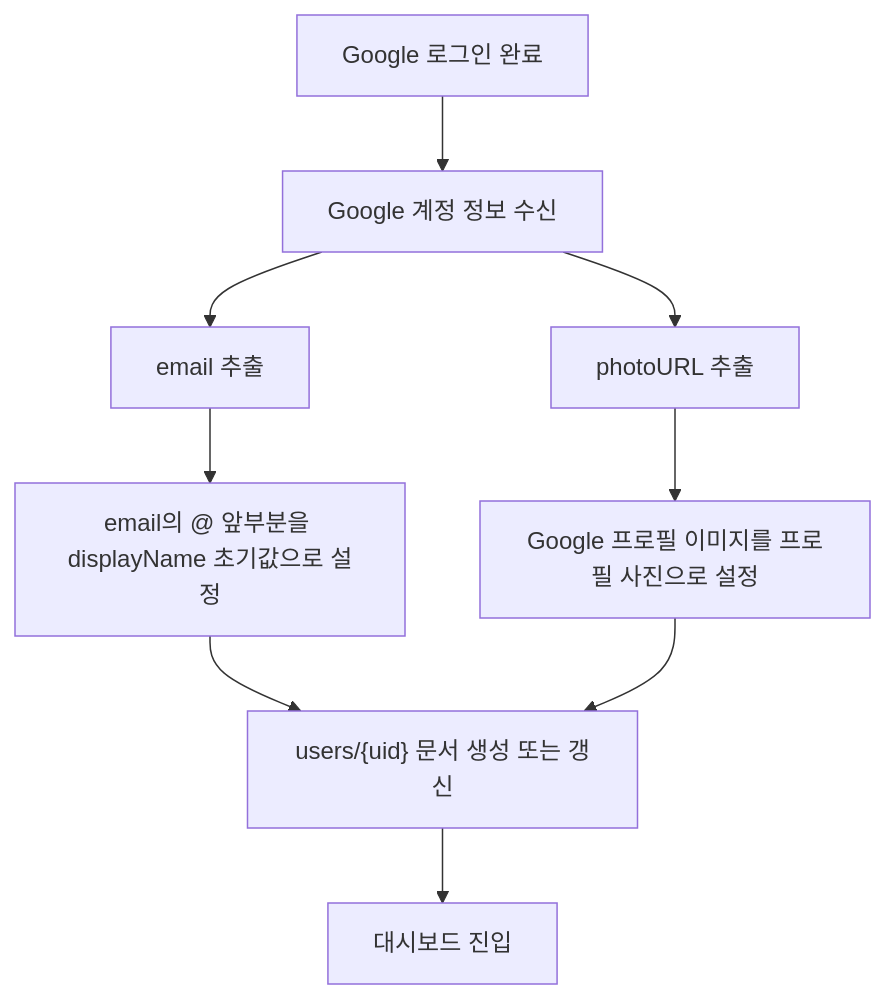
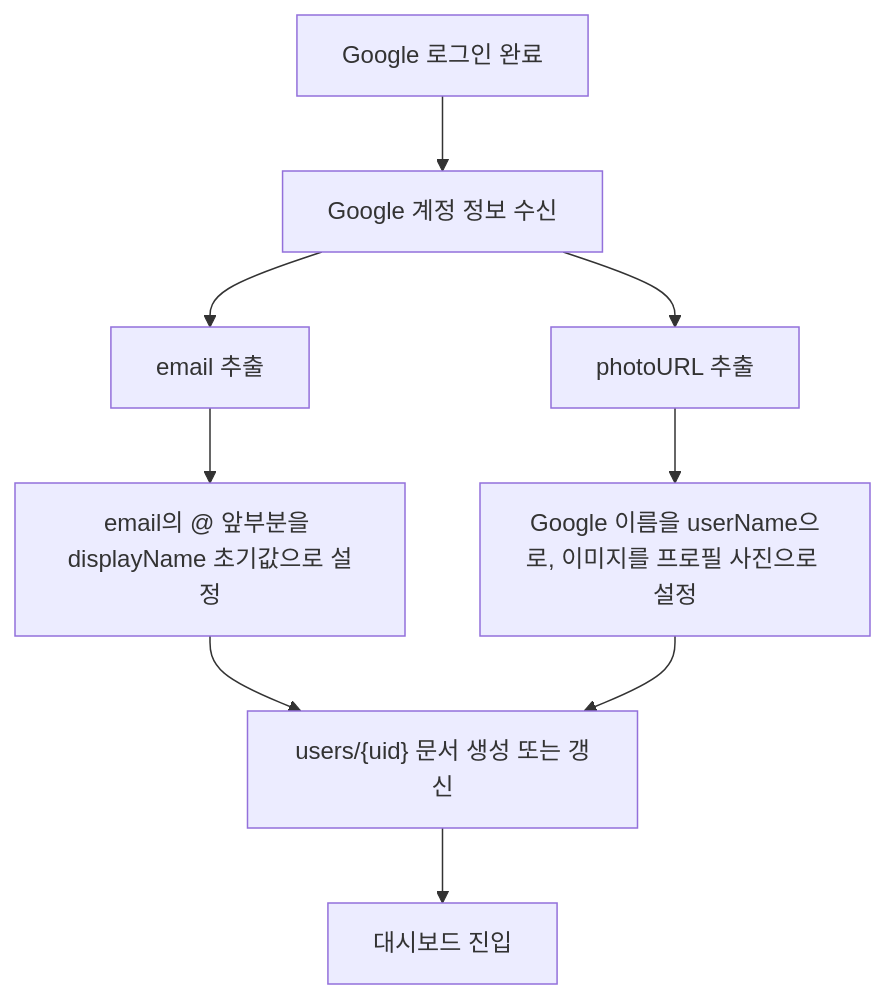
One commit to olivesch/my-link changed the third of 13 diagrams in docs/Wireframe.md. Above: the diagram before and after it, drawn with Mermaid. The commit also changed other lines of this file and 25 other files, not shown here.

````diff
--- a/docs/Wireframe.md
+++ b/docs/Wireframe.md
@@ -64,11 +73,11 @@
 ```mermaid
 flowchart TD
   A["Google 로그인 완료"] --> B["Google 계정 정보 수신"]
   B --> C["email 추출"]
   B --> D["photoURL 추출"]
   C --> E["email의 @ 앞부분을 displayName 초기값으로 설정"]
-  D --> F["Google 프로필 이미지를 프로필 사진으로 설정"]
+  D --> F["Google 이름을 userName으로, 이미지를 프로필 사진으로 설정"]
   E --> G["users/{uid} 문서 생성 또는 갱신"]
   F --> G
   G --> H["대시보드 진입"]
 ```
````
